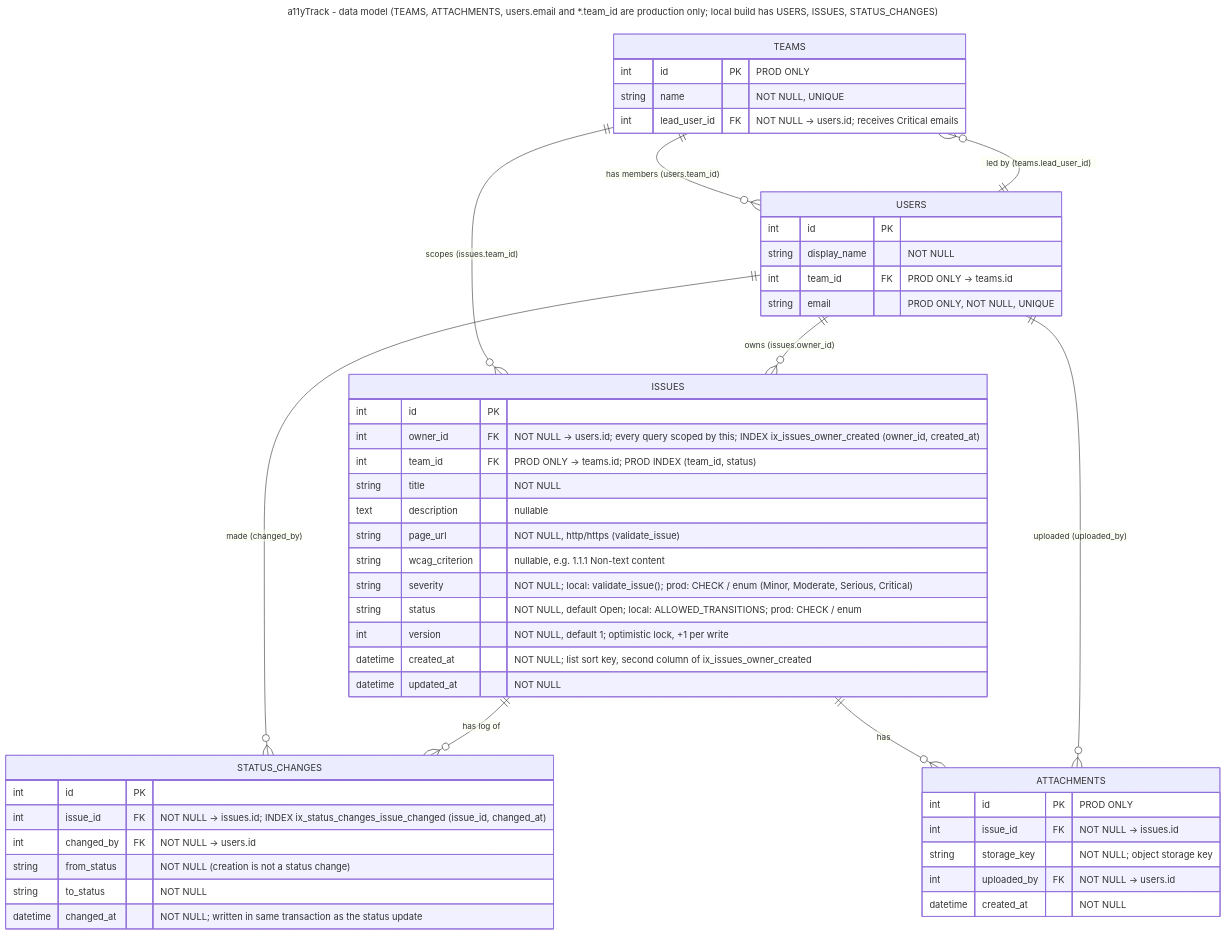
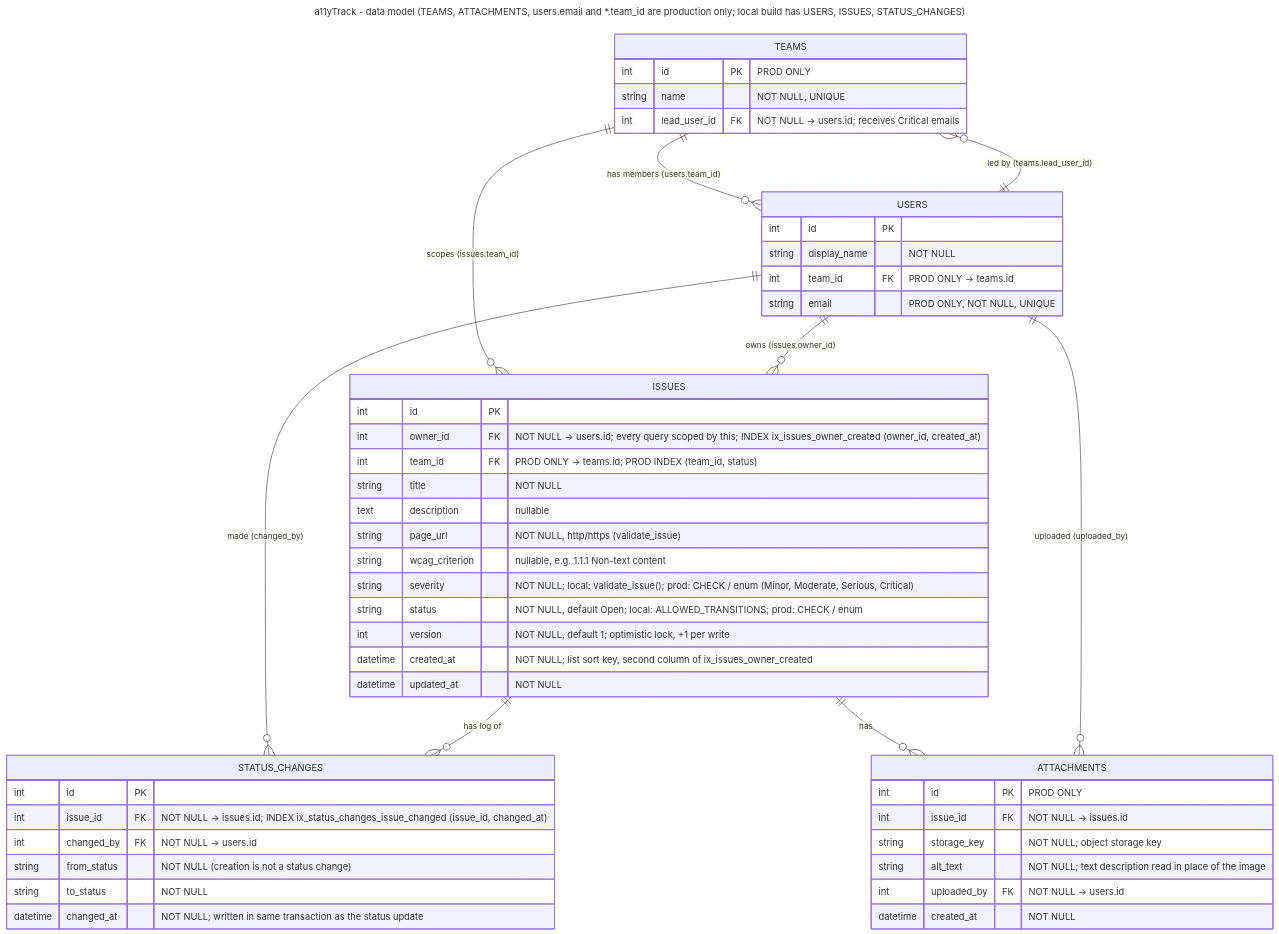
One commit to Yashvardhan-Chaudhry/a11yTrack changed the diagram in docs/er.mmd. Above: the diagram before and after it, drawn with Mermaid. The commit also changed 4 other files, not shown here.

Commit message:
Stress-test fixes: 503 wording, alt_text column, filter-index note, trim; font config so Live exports stop clipping

```diff
--- a/docs/er.mmd
+++ b/docs/er.mmd
@@ -1,57 +1,61 @@
 ---
 title: a11yTrack - data model (TEAMS, ATTACHMENTS, users.email and *.team_id are production only; local build has USERS, ISSUES, STATUS_CHANGES)
+config:
+  themeVariables:
+    fontFamily: Arial, Helvetica, sans-serif
 ---
 erDiagram
   TEAMS ||--o{ USERS : "has members (users.team_id)"
   TEAMS }o--|| USERS : "led by (teams.lead_user_id)"
   TEAMS ||--o{ ISSUES : "scopes (issues.team_id)"
   USERS ||--o{ ISSUES : "owns (issues.owner_id)"
   USERS ||--o{ STATUS_CHANGES : "made (changed_by)"
   ISSUES ||--o{ STATUS_CHANGES : "has log of"
   ISSUES ||--o{ ATTACHMENTS : "has"
   USERS ||--o{ ATTACHMENTS : "uploaded (uploaded_by)"
 
   TEAMS {
     int id PK "PROD ONLY"
     string name "NOT NULL, UNIQUE"
     int lead_user_id FK "NOT NULL -> users.id; receives Critical emails"
   }
 
   USERS {
     int id PK
     string display_name "NOT NULL"
     int team_id FK "PROD ONLY -> teams.id"
     string email "PROD ONLY, NOT NULL, UNIQUE"
   }
 
   ISSUES {
     int id PK
     int owner_id FK "NOT NULL -> users.id; every query scoped by this; INDEX ix_issues_owner_created (owner_id, created_at)"
     int team_id FK "PROD ONLY -> teams.id; PROD INDEX (team_id, status)"
     string title "NOT NULL"
     text description "nullable"
     string page_url "NOT NULL, http/https (validate_issue)"
     string wcag_criterion "nullable, e.g. 1.1.1 Non-text content"
     string severity "NOT NULL; local: validate_issue(); prod: CHECK / enum (Minor, Moderate, Serious, Critical)"
     string status "NOT NULL, default Open; local: ALLOWED_TRANSITIONS; prod: CHECK / enum"
     int version "NOT NULL, default 1; optimistic lock, +1 per write"
     datetime created_at "NOT NULL; list sort key, second column of ix_issues_owner_created"
     datetime updated_at "NOT NULL"
   }
 
   STATUS_CHANGES {
     int id PK
     int issue_id FK "NOT NULL -> issues.id; INDEX ix_status_changes_issue_changed (issue_id, changed_at)"
     int changed_by FK "NOT NULL -> users.id"
     string from_status "NOT NULL (creation is not a status change)"
     string to_status "NOT NULL"
     datetime changed_at "NOT NULL; written in same transaction as the status update"
   }
 
   ATTACHMENTS {
     int id PK "PROD ONLY"
     int issue_id FK "NOT NULL -> issues.id"
     string storage_key "NOT NULL; object storage key"
+    string alt_text "NOT NULL; text description read in place of the image"
     int uploaded_by FK "NOT NULL -> users.id"
     datetime created_at "NOT NULL"
   }
```
